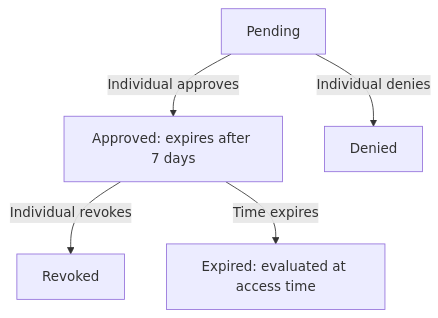
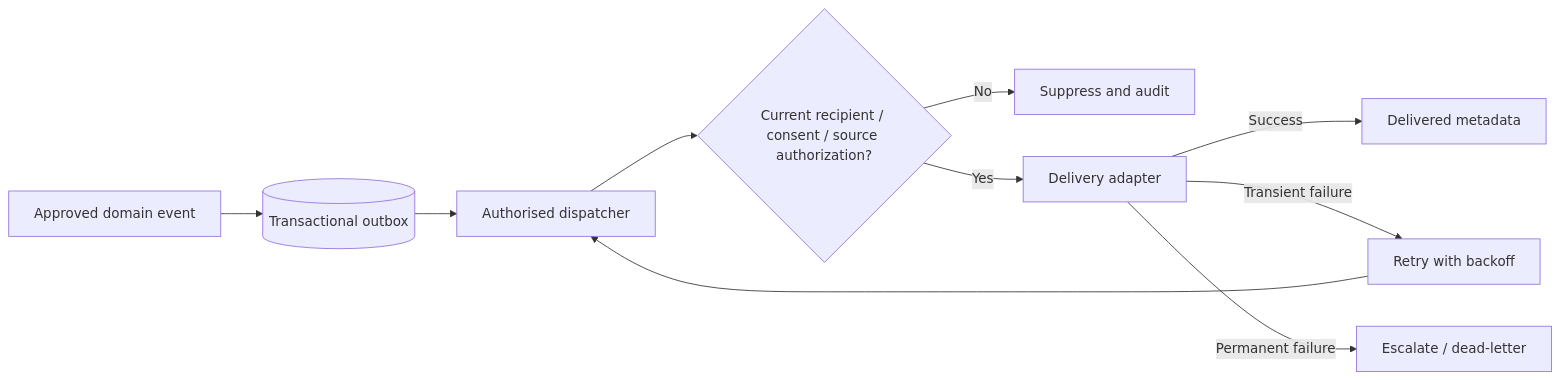
Before and after one commit to CayelaemJ/Training-and-Development-Hub: the tenth of 11 diagrams in docs/ARCHITECTURE.md, drawn with Mermaid. The commit also changed other lines of this file, not shown here.

First line of the commit message:
docs: document full CABO Learning Hub system architecture (#214)

````diff
--- a/docs/ARCHITECTURE.md
+++ b/docs/ARCHITECTURE.md
@@ -37,7 +501,12 @@
 ```mermaid
-flowchart TD
- P[Pending] -->|Individual approves| A[Approved: expires after 7 days]
- P -->|Individual denies| D[Denied]
- A -->|Individual revokes| R[Revoked]
- A -->|Time expires| X[Expired: evaluated at access time]
+flowchart LR
+ E[Approved domain event] --> T[(Transactional outbox)]
+ T --> W[Authorised dispatcher]
+ W --> C{Current recipient / consent / source authorization?}
+ C -->|No| S[Suppress and audit]
+ C -->|Yes| P[Delivery adapter]
+ P -->|Success| OK[Delivered metadata]
+ P -->|Transient failure| RET[Retry with backoff]
+ RET --> W
+ P -->|Permanent failure| DLQ[Escalate / dead-letter]
 ```
````
